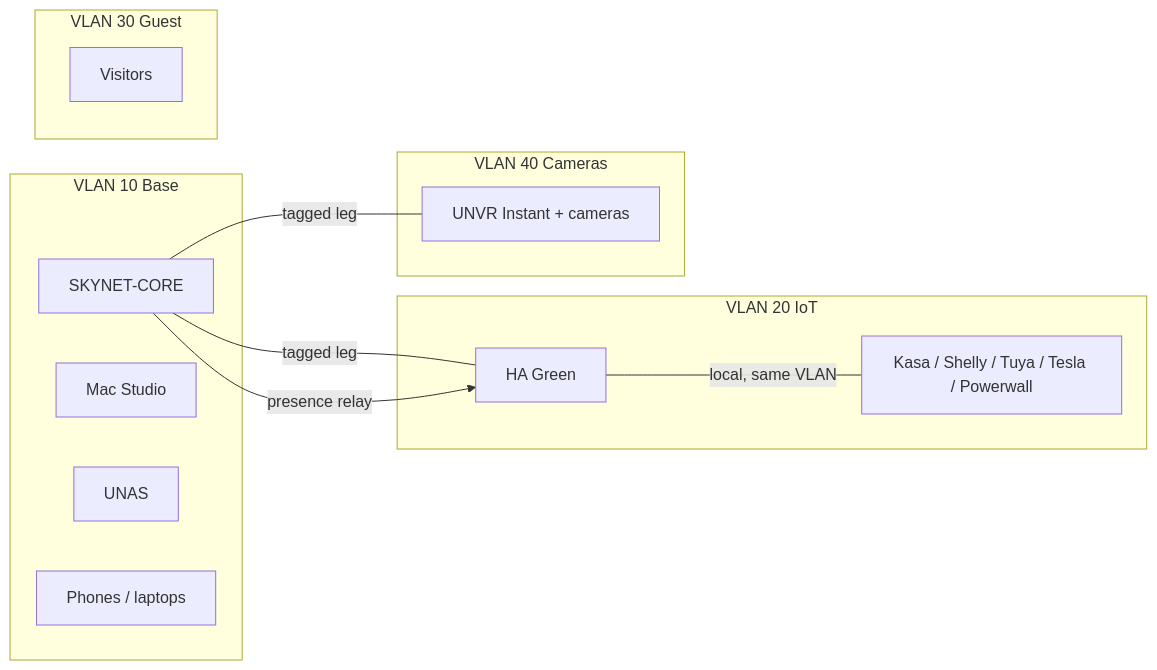
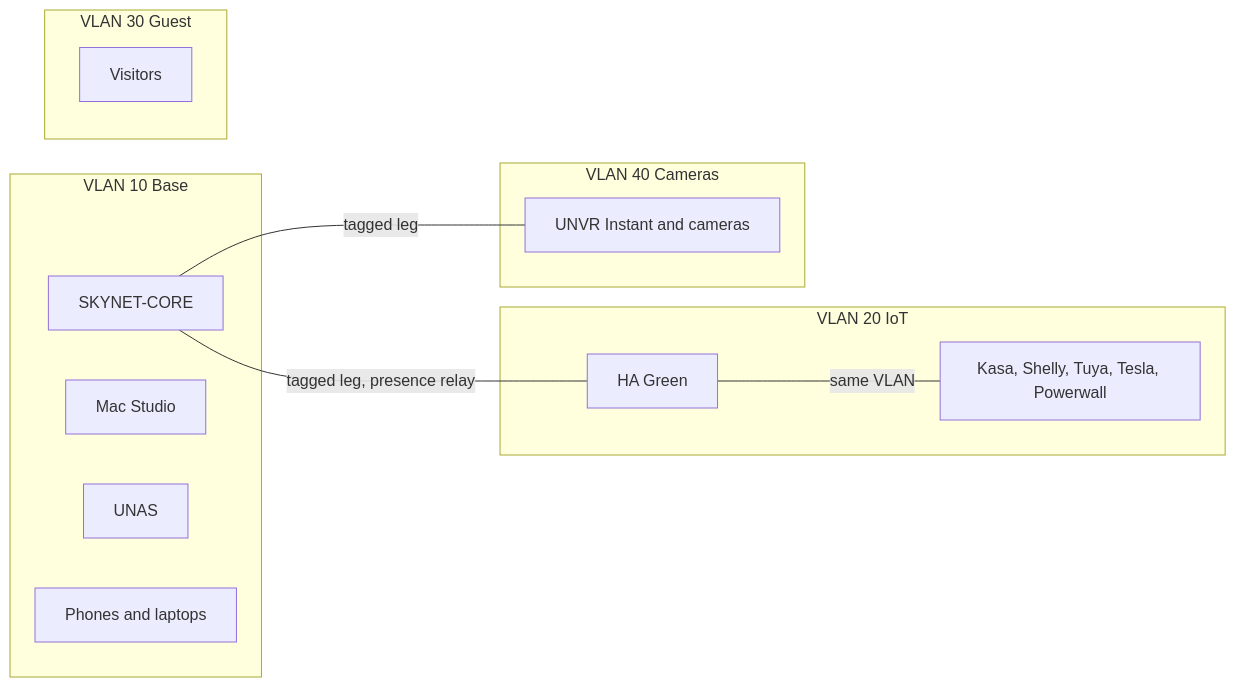
The second of 2 diagrams in 04-Network-Infrastructure/Hardening_Upgrades/Readme.md (VicDubose/Smart-Home-Infrastructure), drawn with Mermaid before and after one commit. The commit also changed other lines of this file, not shown here.

Commit message:
Revise network diagrams in Readme.md
Updated network topology and traffic flow diagrams for clarity and consistency. Changed labels and formatting for better readability.

````diff
--- a/04-Network-Infrastructure/Hardening_Upgrades/Readme.md
+++ b/04-Network-Infrastructure/Hardening_Upgrades/Readme.md
@@ -96,24 +93,22 @@
 ```mermaid
 flowchart LR
-    subgraph V10[VLAN 10 Base]
-        CORE10[SKYNET-CORE]
-        MAC10[Mac Studio]
-        NAS10[UNAS]
-        USERS[Phones / laptops]
+    subgraph V10["VLAN 10 Base"]
+        CORE10["SKYNET-CORE"]
+        MAC10["Mac Studio"]
+        NAS10["UNAS"]
+        USERS["Phones and laptops"]
     end
-    subgraph V20[VLAN 20 IoT]
-        HA20[HA Green]
-        IOT[Kasa / Shelly / Tuya / Tesla / Powerwall]
+    subgraph V20["VLAN 20 IoT"]
+        HA20["HA Green"]
+        IOT["Kasa, Shelly, Tuya, Tesla, Powerwall"]
     end
-    subgraph V40[VLAN 40 Cameras]
-        CAMS[UNVR Instant + cameras]
+    subgraph V40["VLAN 40 Cameras"]
+        CAMS["UNVR Instant and cameras"]
     end
-    subgraph V30[VLAN 30 Guest]
-        GUEST[Visitors]
+    subgraph V30["VLAN 30 Guest"]
+        GUEST["Visitors"]
     end
-
-    CORE10 ---|tagged leg| HA20
-    CORE10 ---|tagged leg| CAMS
-    HA20 ---|local, same VLAN| IOT
-    CORE10 -->|presence relay| HA20
+    CORE10 ---|"tagged leg, presence relay"| HA20
+    CORE10 ---|"tagged leg"| CAMS
+    HA20 ---|"same VLAN"| IOT
 ```
````
